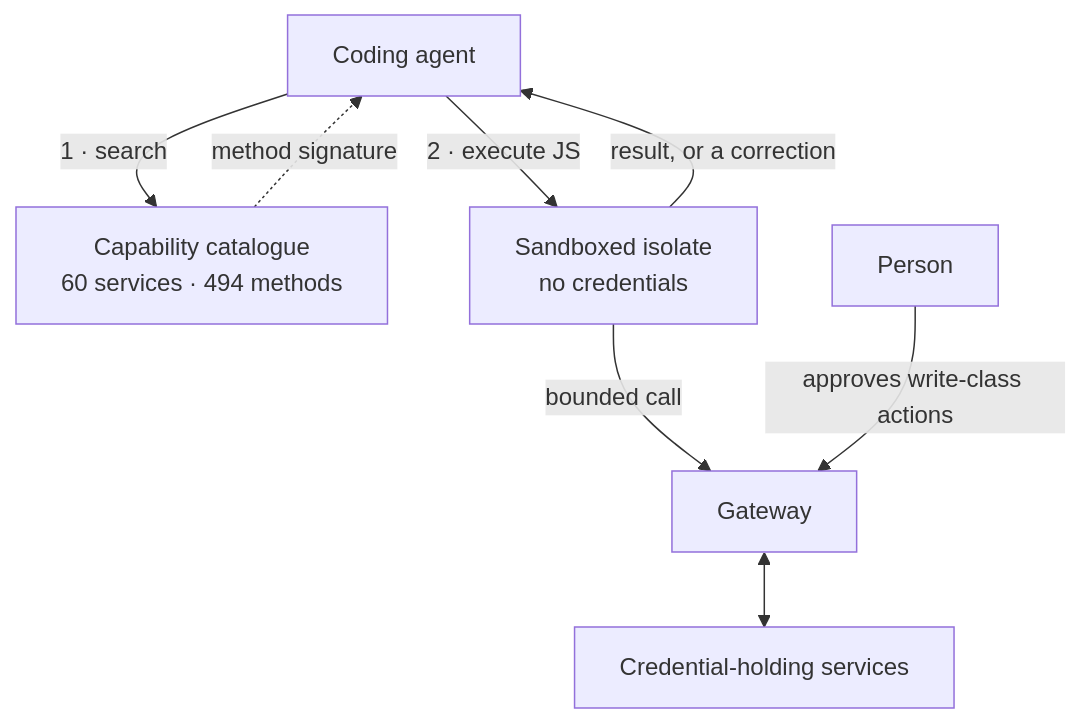
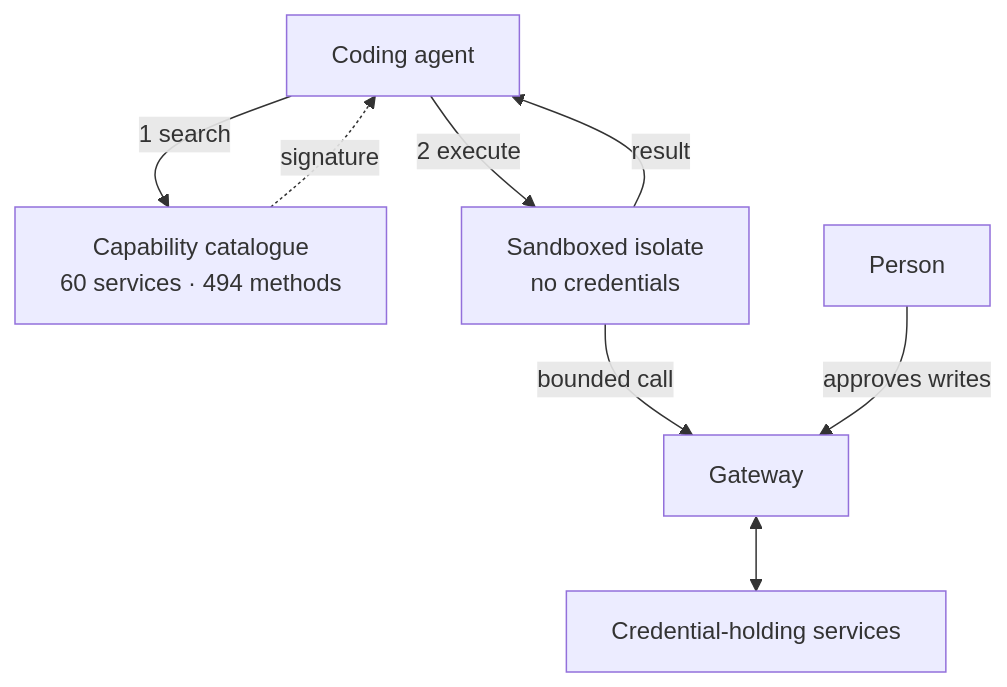
The diagram in README.md (PascalAI2024/PascalAI2024), drawn with Mermaid before and after one commit.

Commit message:
Shorten diagram edge labels so they stop colliding
Mermaid's auto-layout overlapped the four labels around the agent node.

Claude-Session: https://claude.ai/code/session_01HRo5d7ozKpHZHe222Vvjp6

````diff
--- a/README.md
+++ b/README.md
@@ -233,10 +233,10 @@
 ```mermaid
 flowchart TB
-    A["Coding agent"] -->|"1 · search"| C["Capability catalogue<br/>60 services · 494 methods"]
-    C -.->|"method signature"| A
-    A -->|"2 · execute JS"| S["Sandboxed isolate<br/>no credentials"]
+    A["Coding agent"] -->|"1 search"| C["Capability catalogue<br/>60 services · 494 methods"]
+    C -.->|"signature"| A
+    A -->|"2 execute"| S["Sandboxed isolate<br/>no credentials"]
     S -->|"bounded call"| G["Gateway"]
     G <--> V["Credential-holding services"]
-    S -->|"result, or a correction"| A
-    H["Person"] -->|"approves write-class actions"| G
+    S -->|"result"| A
+    H["Person"] -->|"approves writes"| G
 ```
````
